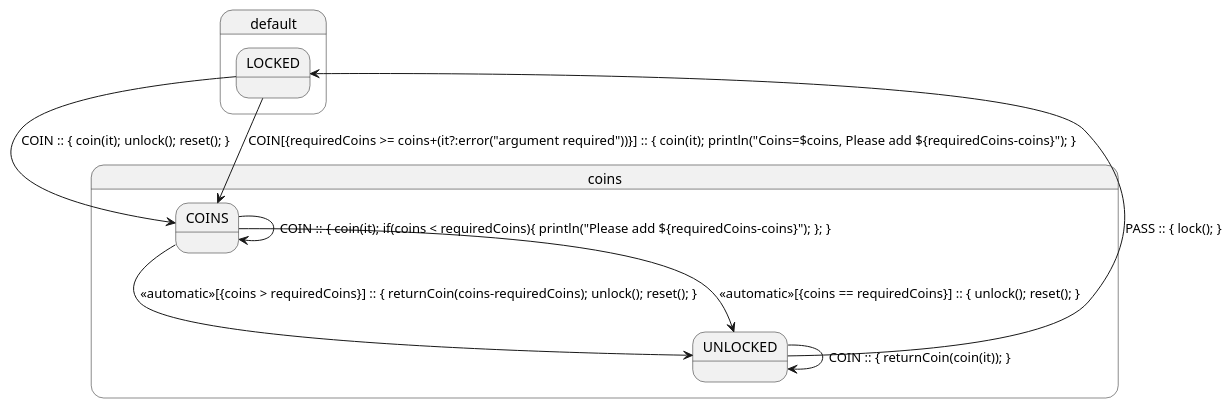
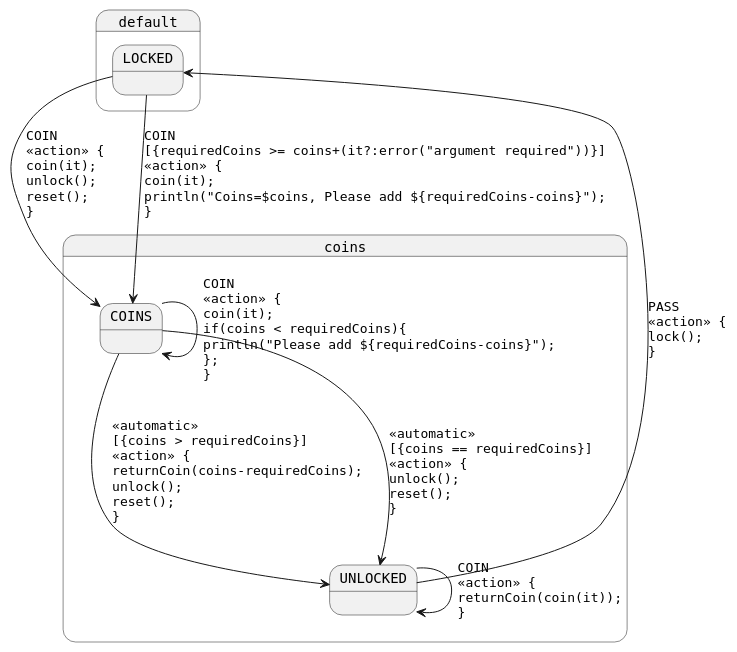
The diagram in generated-parsed/paying-turnstile.plantuml (open-jumpco/kfsm-viz), drawn with PlantUML before and after one commit. The commit also changed 8 other files, not shown here.

Commit message:
improved look of State diagrams by adding line breaks that left align and monospaced font.

```diff
--- a/generated-parsed/paying-turnstile.plantuml
+++ b/generated-parsed/paying-turnstile.plantuml
@@ -1,13 +1,15 @@
 @startuml
+skinparam StateFontName Helvetica
+skinparam defaultFontName Monospaced
 state coins {
-COINS --> UNLOCKED : <<automatic>>[{coins > requiredCoins}] :: { returnCoin(coins-requiredCoins); unlock(); reset(); }
-COINS --> UNLOCKED : <<automatic>>[{coins == requiredCoins}] :: { unlock(); reset(); }
-COINS --> COINS : COIN :: { coin(it); if(coins < requiredCoins){ println("Please add ${requiredCoins-coins}"); }; }
+COINS --> UNLOCKED : <<automatic>>\l[{coins > requiredCoins}]\l<<action>> {\lreturnCoin(coins-requiredCoins);\lunlock();\lreset();\l}
+COINS --> UNLOCKED : <<automatic>>\l[{coins == requiredCoins}]\l<<action>> {\lunlock();\lreset();\l}
+COINS --> COINS : COIN\l<<action>> {\lcoin(it);\lif(coins < requiredCoins){\lprintln("Please add ${requiredCoins-coins}");\l};\l}
 }
 state default {
-LOCKED --> COINS : COIN :: { coin(it); unlock(); reset(); }
-LOCKED --> COINS : COIN[{requiredCoins >= coins+(it?:error("argument required"))}] :: { coin(it); println("Coins=$coins, Please add ${requiredCoins-coins}"); }
-UNLOCKED --> UNLOCKED : COIN :: { returnCoin(coin(it)); }
-UNLOCKED --> LOCKED : PASS :: { lock(); }
+LOCKED --> COINS : COIN\l<<action>> {\lcoin(it);\lunlock();\lreset();\l}
+LOCKED --> COINS : COIN\l[{requiredCoins >= coins+(it?:error("argument required"))}]\l<<action>> {\lcoin(it);\lprintln("Coins=$coins, Please add ${requiredCoins-coins}");\l}
+UNLOCKED --> UNLOCKED : COIN\l<<action>> {\lreturnCoin(coin(it));\l}
+UNLOCKED --> LOCKED : PASS\l<<action>> {\llock();\l}
 }
 @enduml
```
